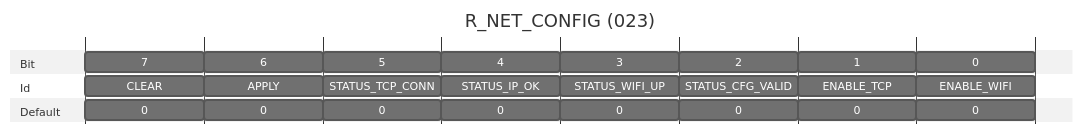
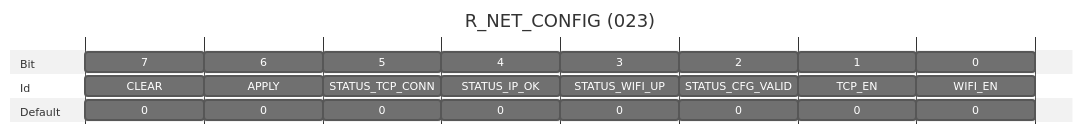
The ninth of 18 diagrams in Device.md (barbaLab/protocol), drawn with Mermaid (neutral theme) before and after one commit. The commit also changed other lines of this file, not shown here.

Commit message:
Rename ENABLE_WIFI and ENABLE_TCP bits to WIFI_EN and TCP_EN for consistency

````diff
--- a/Device.md
+++ b/Device.md
@@ -659,40 +659,40 @@
 ```mermaid
 ---
 displayMode: compact
 ---
 
 gantt
   title R_NET_CONFIG (023)
   dateFormat X
   axisFormat %
 
   section Bit
   7      :bit7, 0, 1
   6      :bit6, after bit7, 2
   5      :bit5, after bit6, 3
   4      :bit4, after bit5, 4
   3      :bit3, after bit4, 5
   2      :bit2, after bit3, 6
   1      :bit1, after bit2, 7
   0      :bit0, after bit1, 8
 
   section Id
   CLEAR            :id7, 0, 1
   APPLY            :id6, after id7, 2
   STATUS_TCP_CONN  :id5, after id6, 3
   STATUS_IP_OK     :id4, after id5, 4
   STATUS_WIFI_UP   :id3, after id4, 5
   STATUS_CFG_VALID :id2, after id3, 6
-  ENABLE_TCP       :id1, after id2, 7
-  ENABLE_WIFI      :id0, after id1, 8
+  TCP_EN           :id1, after id2, 7
+  WIFI_EN          :id0, after id1, 8
 
   section Default
   0      :d7, 0, 1
   0      :d6, after d7, 2
   0      :d5, after d6, 3
   0      :d4, after d5, 4
   0      :d3, after d4, 5
   0      :d2, after d3, 6
   0      :d1, after d2, 7
   0      :d0, after d1, 8
 ```
````
